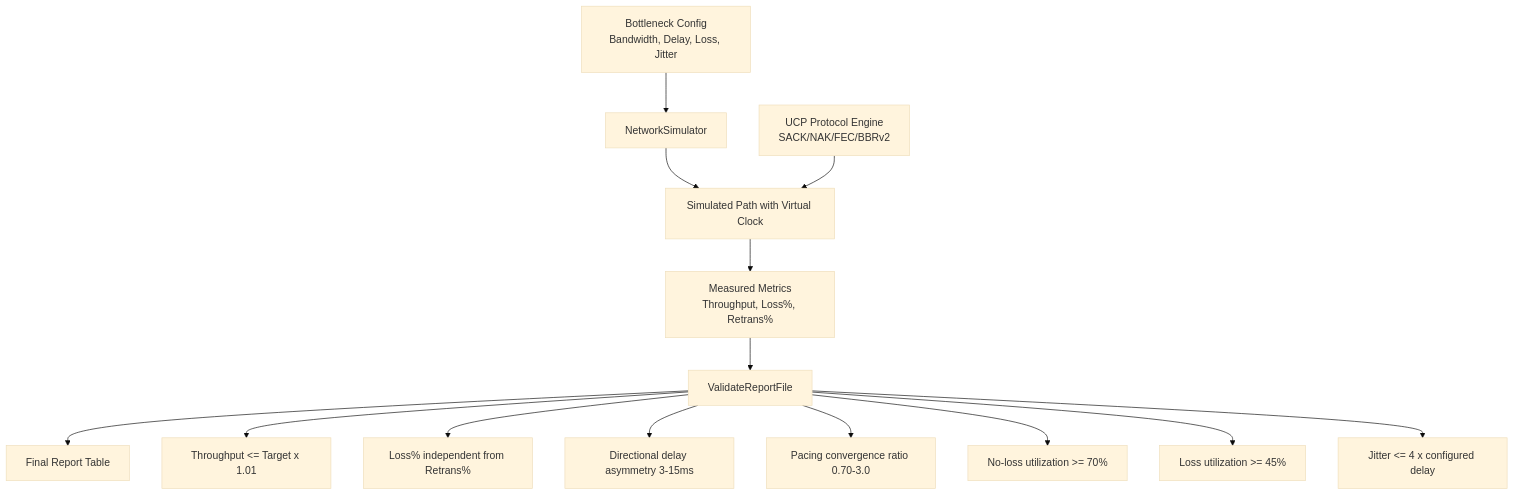
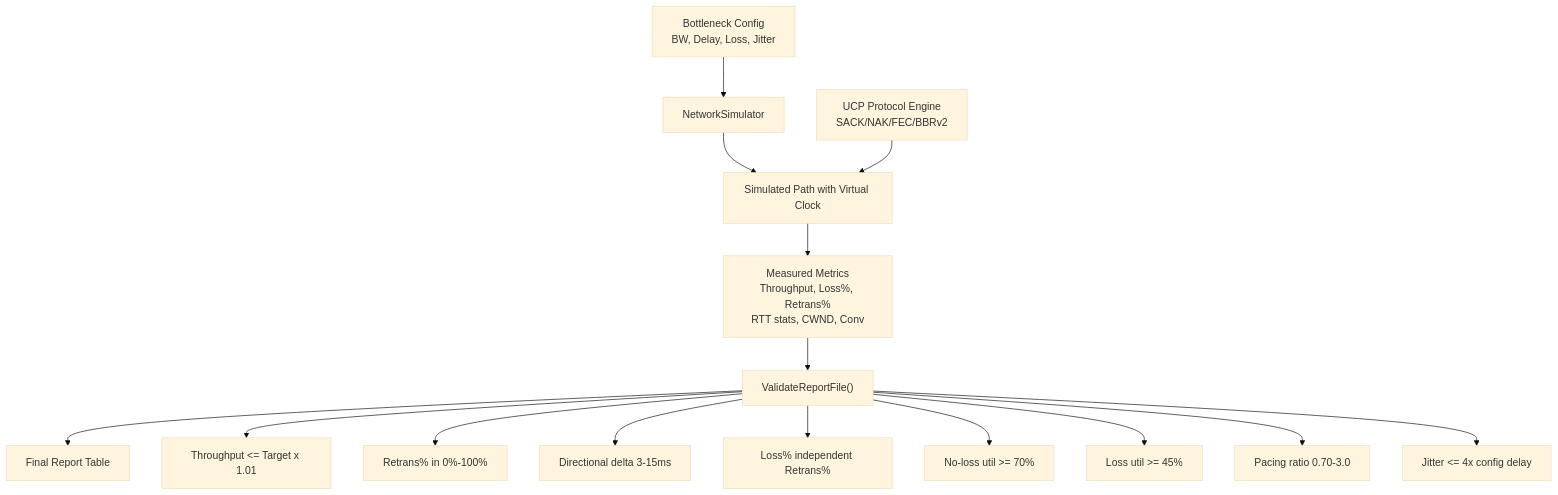
The first of 4 diagrams in docs/performance.md (liulilittle/ucp), drawn with Mermaid (base theme) before and after one commit. The commit also changed other lines of this file and 43 other files, not shown here.

````diff
--- a/docs/performance.md
+++ b/docs/performance.md
@@ -17,17 +17,18 @@
 ```mermaid
 flowchart TD
-    Config[Bottleneck Config<br/>Bandwidth, Delay, Loss, Jitter] --> Sim[NetworkSimulator]
-    Sim --> Net[Simulated Path with Virtual Clock]
-    UCP[UCP Protocol Engine<br/>SACK/NAK/FEC/BBRv2] --> Net
-    Net --> Metrics[Measured Metrics<br/>Throughput, Loss%, Retrans%]
-    Metrics --> Validate[ValidateReportFile]
-    Validate --> Report[Final Report Table]
-
-    Validate --> Check1[Throughput <= Target x 1.01]
-    Validate --> Check2[Loss% independent from Retrans%]
-    Validate --> Check3[Directional delay asymmetry 3-15ms]
-    Validate --> Check4[Pacing convergence ratio 0.70-3.0]
-    Validate --> Check5[No-loss utilization >= 70%]
-    Validate --> Check6[Loss utilization >= 45%]
-    Validate --> Check7[Jitter <= 4 x configured delay]
+    Config["Bottleneck Config<br/>BW, Delay, Loss, Jitter"] --> Sim["NetworkSimulator"]
+    Sim --> Net["Simulated Path with Virtual Clock"]
+    UCP["UCP Protocol Engine<br/>SACK/NAK/FEC/BBRv2"] --> Net
+    Net --> Metrics["Measured Metrics<br/>Throughput, Loss%, Retrans%<br/>RTT stats, CWND, Conv"]
+    Metrics --> Validate["ValidateReportFile()"]
+    Validate --> Report["Final Report Table"]
+    
+    Validate --> Check1["Throughput <= Target x 1.01"]
+    Validate --> Check2["Retrans% in 0%-100%"]
+    Validate --> Check3["Directional delta 3-15ms"]
+    Validate --> Check4["Loss% independent Retrans%"]
+    Validate --> Check5["No-loss util >= 70%"]
+    Validate --> Check6["Loss util >= 45%"]
+    Validate --> Check7["Pacing ratio 0.70-3.0"]
+    Validate --> Check8["Jitter <= 4x config delay"]
 ```
````
